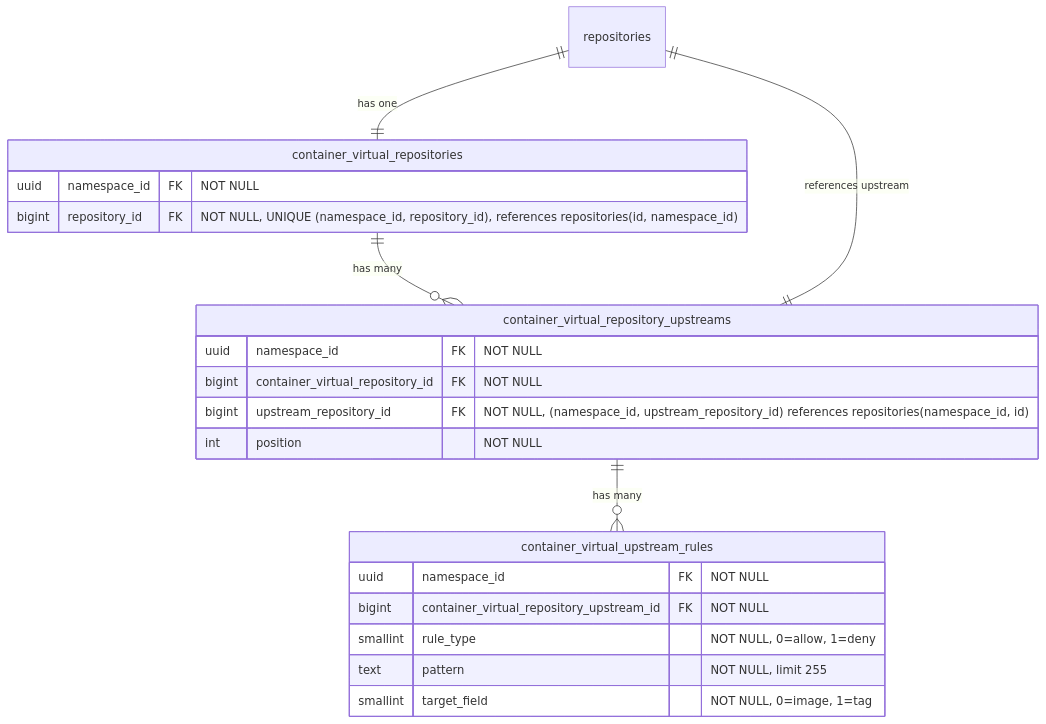
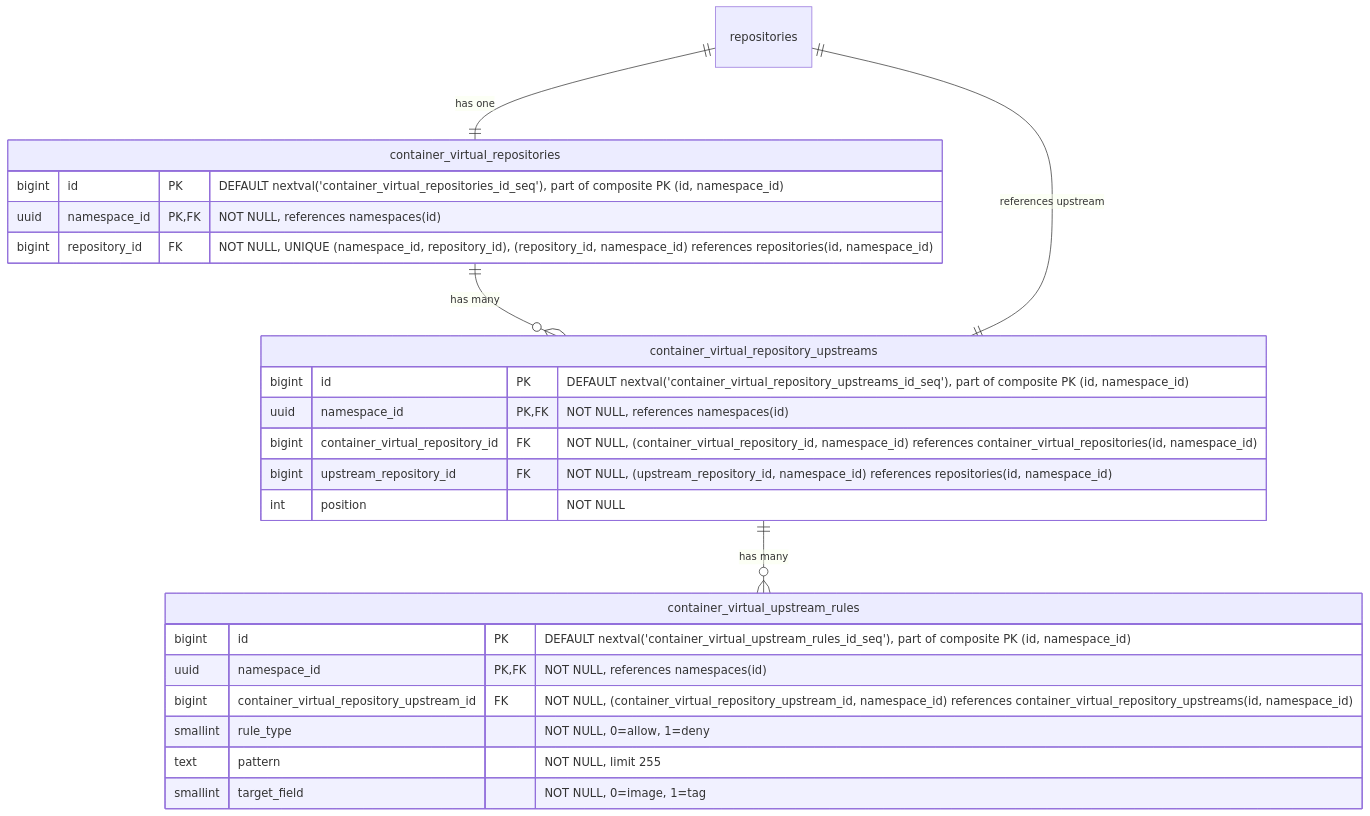
One commit to kyama0/gitlab-handbook-ja changed the ninth of 19 diagrams in content/handbook/engineering/architecture/design-documents/artifact_registry/decisions/007_database_schema.md. Above: the diagram before and after it, drawn with Mermaid. The commit also changed other lines of this file and 7 other files, not shown here.

````diff
--- a/content/handbook/engineering/architecture/design-documents/artifact_registry/decisions/007_database_schema.md
+++ b/content/handbook/engineering/architecture/design-documents/artifact_registry/decisions/007_database_schema.md
@@ -619,27 +654,30 @@
 ```mermaid
 erDiagram
     repositories ||--|| container_virtual_repositories : "has one"
     container_virtual_repositories ||--o{ container_virtual_repository_upstreams : "has many"
     container_virtual_repository_upstreams ||--|| repositories : "references upstream"
     container_virtual_repository_upstreams ||--o{ container_virtual_upstream_rules : "has many"
 
     container_virtual_repositories {
-        uuid namespace_id FK "NOT NULL"
-        bigint repository_id FK "NOT NULL, UNIQUE (namespace_id, repository_id), references repositories(id, namespace_id)"
+        bigint id PK "DEFAULT nextval('container_virtual_repositories_id_seq'), part of composite PK (id, namespace_id)"
+        uuid namespace_id PK,FK "NOT NULL, references namespaces(id)"
+        bigint repository_id FK "NOT NULL, UNIQUE (namespace_id, repository_id), (repository_id, namespace_id) references repositories(id, namespace_id)"
     }
 
     container_virtual_repository_upstreams {
-        uuid namespace_id FK "NOT NULL"
-        bigint container_virtual_repository_id FK "NOT NULL"
-        bigint upstream_repository_id FK "NOT NULL, (namespace_id, upstream_repository_id) references repositories(namespace_id, id)"
+        bigint id PK "DEFAULT nextval('container_virtual_repository_upstreams_id_seq'), part of composite PK (id, namespace_id)"
+        uuid namespace_id PK,FK "NOT NULL, references namespaces(id)"
+        bigint container_virtual_repository_id FK "NOT NULL, (container_virtual_repository_id, namespace_id) references container_virtual_repositories(id, namespace_id)"
+        bigint upstream_repository_id FK "NOT NULL, (upstream_repository_id, namespace_id) references repositories(id, namespace_id)"
         int position "NOT NULL"
     }
 
     container_virtual_upstream_rules {
-        uuid namespace_id FK "NOT NULL"
-        bigint container_virtual_repository_upstream_id FK "NOT NULL"
+        bigint id PK "DEFAULT nextval('container_virtual_upstream_rules_id_seq'), part of composite PK (id, namespace_id)"
+        uuid namespace_id PK,FK "NOT NULL, references namespaces(id)"
+        bigint container_virtual_repository_upstream_id FK "NOT NULL, (container_virtual_repository_upstream_id, namespace_id) references container_virtual_repository_upstreams(id, namespace_id)"
         smallint rule_type "NOT NULL, 0=allow, 1=deny"
         text pattern "NOT NULL, limit 255"
         smallint target_field "NOT NULL, 0=image, 1=tag"
     }
 ```
````
